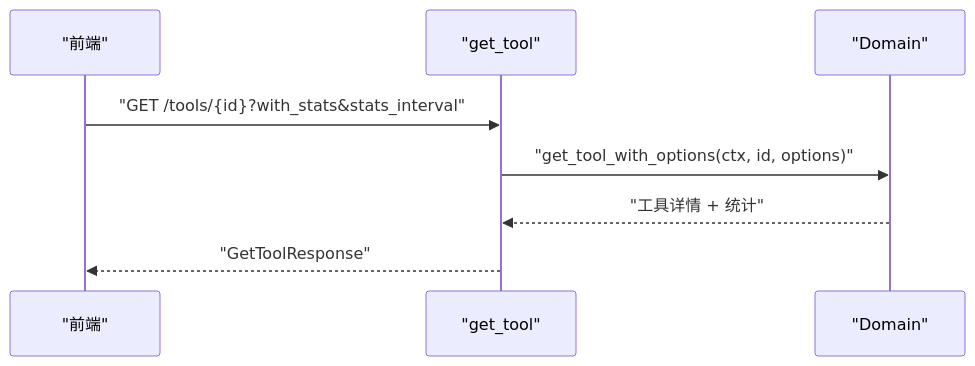
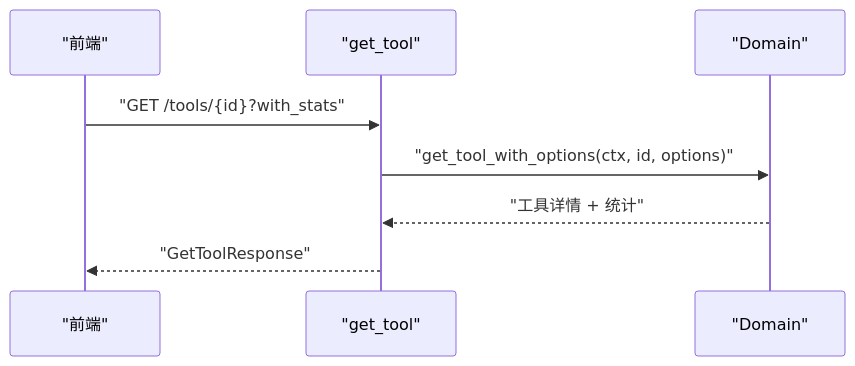
Before and after one commit to runningcoders/ai_orz: the fourth of 9 diagrams in docs/wiki/zh/content/前端应用/页面模块/Finance 管理页面/工具管理/工具管理.md, drawn with Mermaid. The commit also changed other lines of this file and 7 other files, not shown here.

First line of the commit message:
refactor(finance): 删除 tool 侧从未接通的 stats_interval 死参数

````diff
--- a/docs/wiki/zh/content/前端应用/页面模块/Finance 管理页面/工具管理/工具管理.md
+++ b/docs/wiki/zh/content/前端应用/页面模块/Finance 管理页面/工具管理/工具管理.md
@@ -171,10 +171,10 @@
 ```mermaid
 sequenceDiagram
 participant FE as "前端"
 participant AD as "get_tool"
 participant DM as "Domain"
-FE->>AD : "GET /tools/{id}?with_stats&stats_interval"
+FE->>AD : "GET /tools/{id}?with_stats"
 AD->>DM : "get_tool_with_options(ctx, id, options)"
 DM-->>AD : "工具详情 + 统计"
 AD-->>FE : "GetToolResponse"
 ```
````
